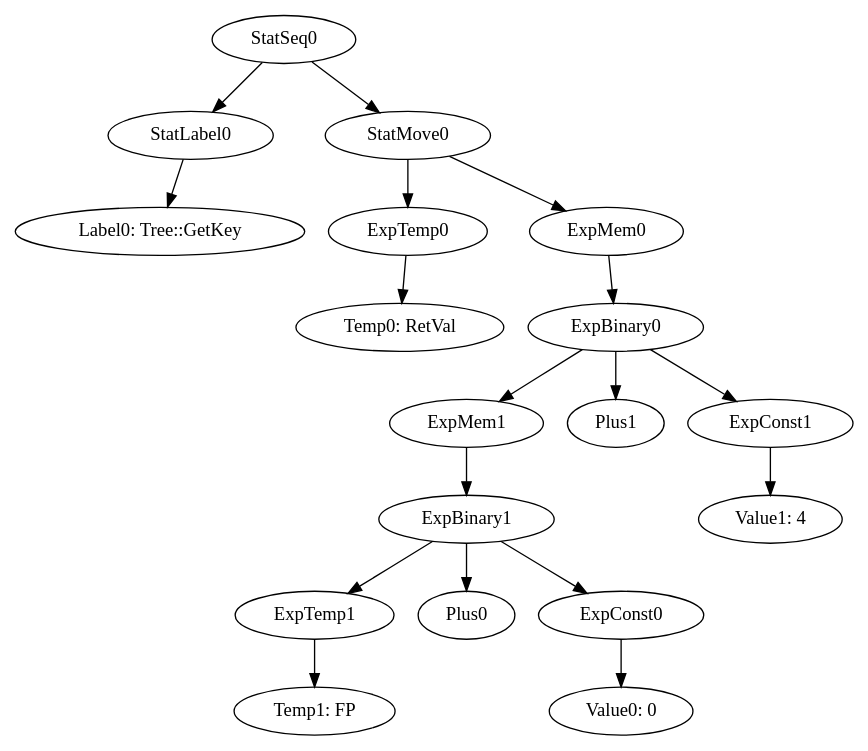
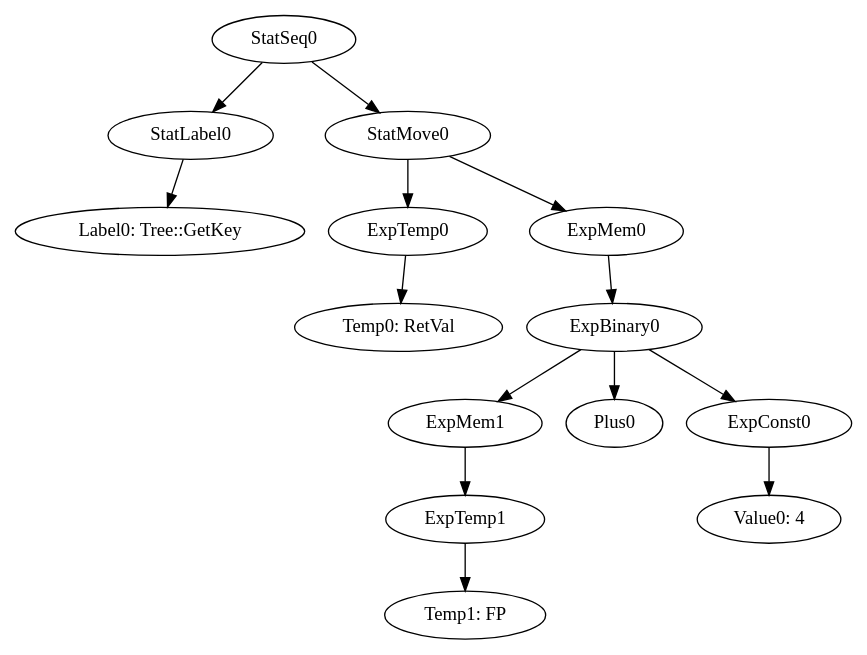
Before and after one commit to team-compilers/compilers: the diagram in MiniJava/results/SamplesCorrect/BinaryTree/irt_Tree::GetKey.gv, drawn with Graphviz. The commit also changed 138 other files, not shown here.

```diff
--- a/MiniJava/results/SamplesCorrect/BinaryTree/irt_Tree::GetKey.gv
+++ b/MiniJava/results/SamplesCorrect/BinaryTree/irt_Tree::GetKey.gv
@@ -1,20 +1,16 @@
 digraph {
 	ordering = out;
+	ExpMem0 -> ExpBinary0;
+	ExpMem1 -> ExpTemp1;
+	ExpTemp1 -> "Temp1: FP";
+	ExpConst0 -> "Value0: 4";
+	StatLabel0 -> "Label0: Tree::GetKey";
+	StatSeq0 -> StatLabel0;
+	StatSeq0 -> StatMove0;
+	ExpTemp0 -> "Temp0: RetVal";
+	ExpBinary0 -> ExpMem1;
+	ExpBinary0 -> Plus0;
+	ExpBinary0 -> ExpConst0;
 	StatMove0 -> ExpTemp0;
 	StatMove0 -> ExpMem0;
-	ExpBinary0 -> ExpMem1;
-	ExpBinary0 -> Plus1;
-	ExpBinary0 -> ExpConst1;
-	ExpTemp0 -> "Temp0: RetVal";
-	StatSeq0 -> StatLabel0;
-	StatSeq0 -> StatMove0;
-	StatLabel0 -> "Label0: Tree::GetKey";
-	ExpTemp1 -> "Temp1: FP";
-	ExpMem0 -> ExpBinary0;
-	ExpBinary1 -> ExpTemp1;
-	ExpBinary1 -> Plus0;
-	ExpBinary1 -> ExpConst0;
-	ExpConst1 -> "Value1: 4";
-	ExpConst0 -> "Value0: 0";
-	ExpMem1 -> ExpBinary1;
 }
```
